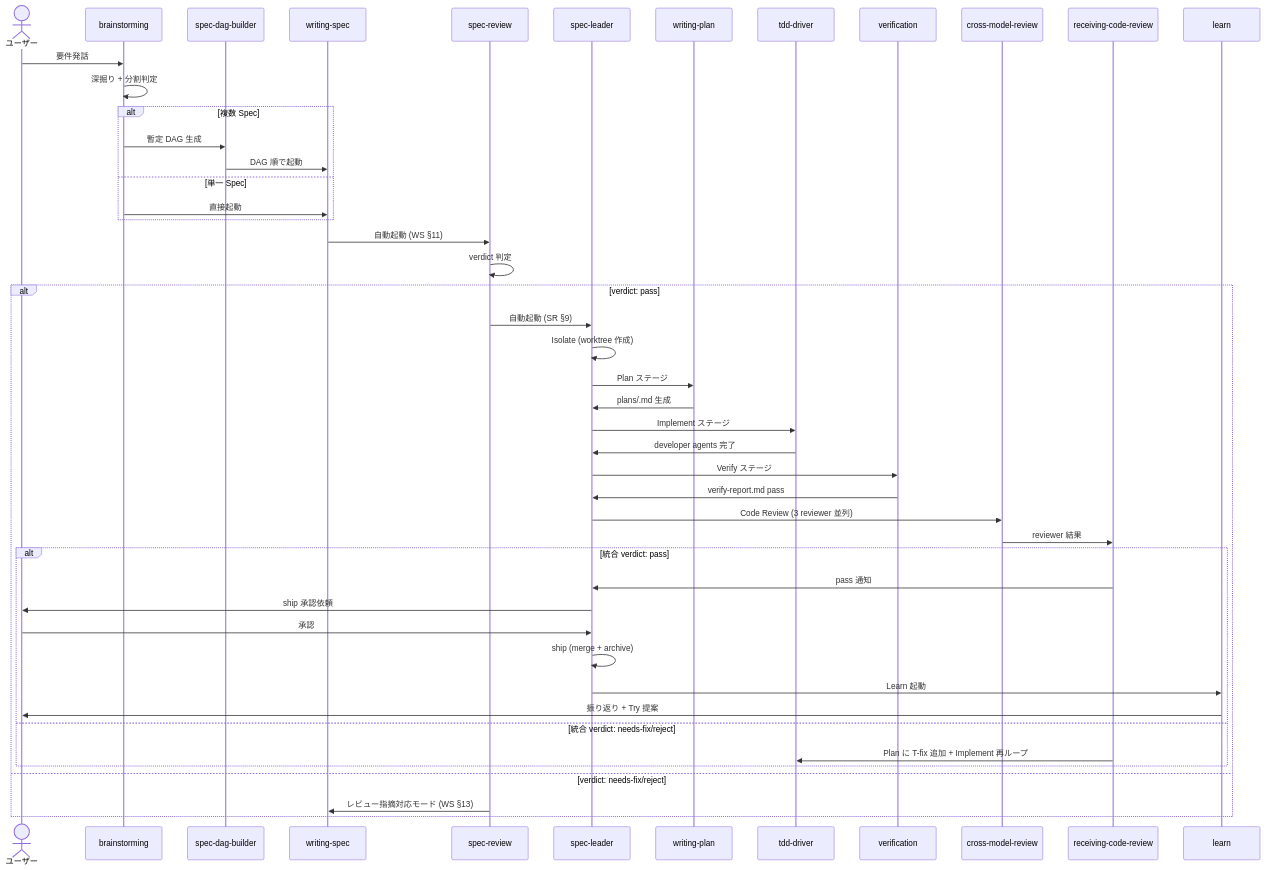
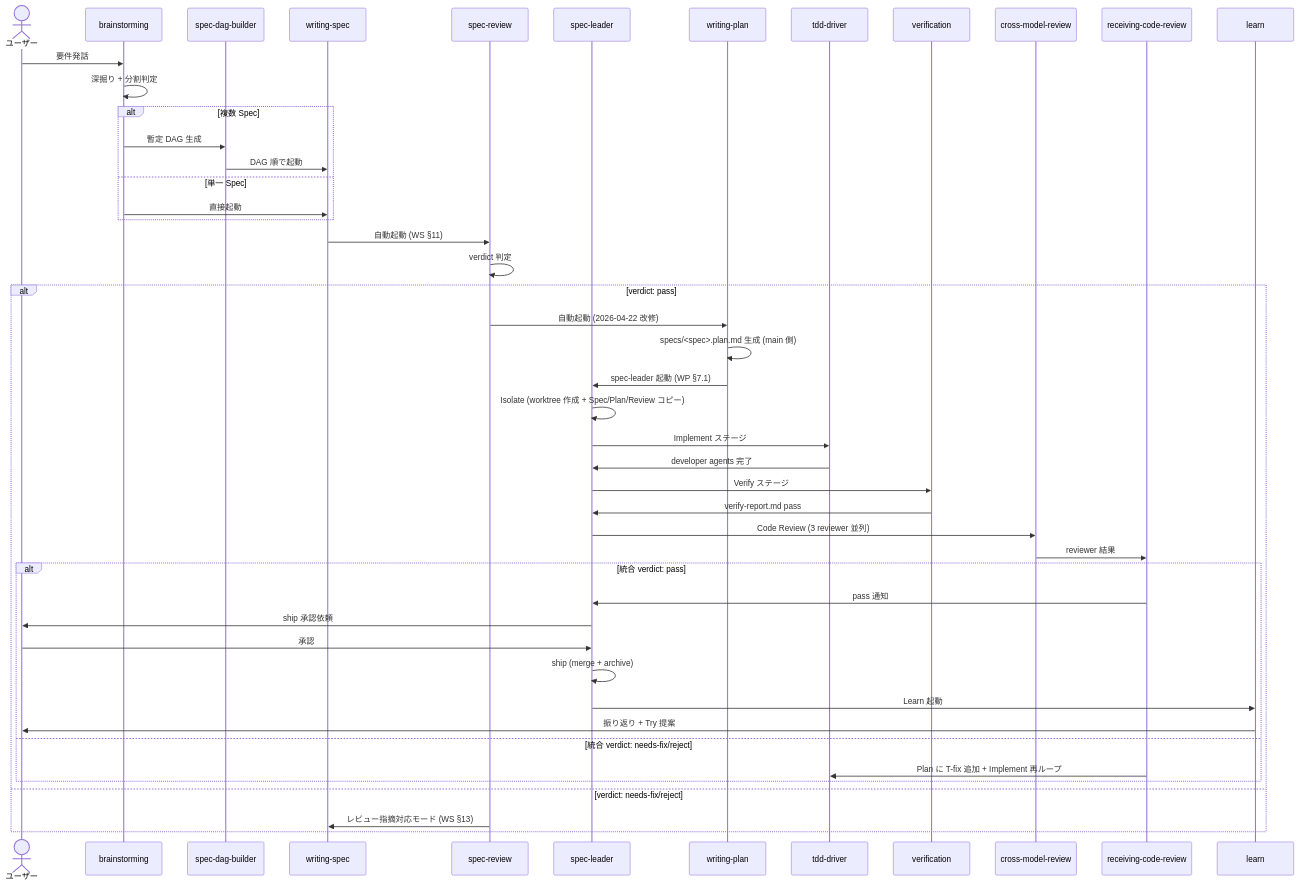
Before and after one commit to gassn/my-workflows: the second of 4 diagrams in docs/components-map.md, drawn with Mermaid. The commit also changed other lines of this file and 1 other file, not shown here.

First line of the commit message:
改修 D: components-map.md + learn の Plan→Isolate 順序対応

````diff
--- a/docs/components-map.md
+++ b/docs/components-map.md
@@ -101,50 +101,50 @@
 ```mermaid
 sequenceDiagram
     actor User as ユーザー
     participant BS as brainstorming
     participant DAG as spec-dag-builder
     participant WS as writing-spec
     participant SR as spec-review
     participant SL as spec-leader
     participant WP as writing-plan
     participant TDD as tdd-driver
     participant VB as verification
     participant XMR as cross-model-review
     participant RCR as receiving-code-review
     participant LRN as learn
 
     User->>BS: 要件発話
     BS->>BS: 深掘り + 分割判定
     alt 複数 Spec
         BS->>DAG: 暫定 DAG 生成
         DAG->>WS: DAG 順で起動
     else 単一 Spec
         BS->>WS: 直接起動
     end
     WS->>SR: 自動起動 (WS §11)
     SR->>SR: verdict 判定
     alt verdict: pass
-        SR->>SL: 自動起動 (SR §9)
-        SL->>SL: Isolate (worktree 作成)
-        SL->>WP: Plan ステージ
-        WP->>SL: plans/.md 生成
+        SR->>WP: 自動起動 (2026-04-22 改修)
+        WP->>WP: specs/<spec>.plan.md 生成 (main 側)
+        WP->>SL: spec-leader 起動 (WP §7.1)
+        SL->>SL: Isolate (worktree 作成 + Spec/Plan/Review コピー)
         SL->>TDD: Implement ステージ
         TDD->>SL: developer agents 完了
         SL->>VB: Verify ステージ
         VB->>SL: verify-report.md pass
         SL->>XMR: Code Review (3 reviewer 並列)
         XMR->>RCR: reviewer 結果
         alt 統合 verdict: pass
             RCR->>SL: pass 通知
             SL->>User: ship 承認依頼
             User->>SL: 承認
             SL->>SL: ship (merge + archive)
             SL->>LRN: Learn 起動
             LRN->>User: 振り返り + Try 提案
         else 統合 verdict: needs-fix/reject
             RCR->>TDD: Plan に T-fix 追加 + Implement 再ループ
         end
     else verdict: needs-fix/reject
         SR->>WS: レビュー指摘対応モード (WS §13)
     end
 ```
````
